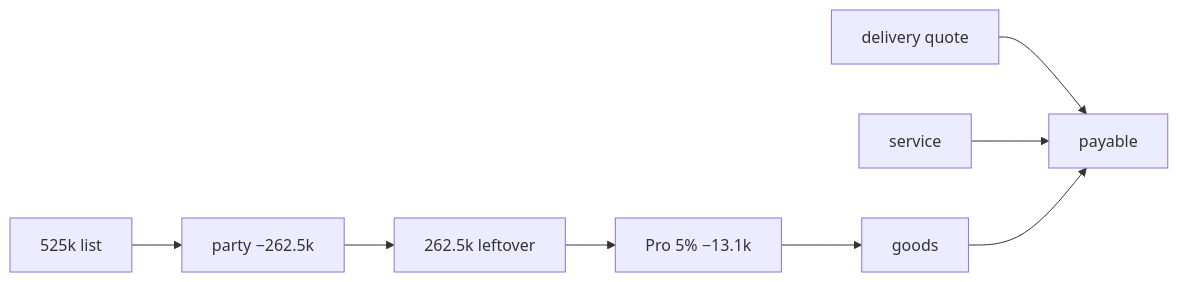
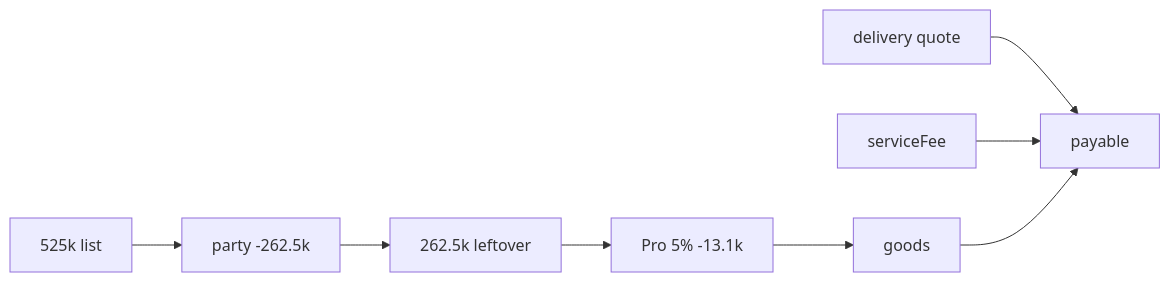
Before and after one commit to erfnzdeh/snapp-hack: the seventh of 12 diagrams in README.md, drawn with Mermaid. The commit also changed other lines of this file, not shown here.

````diff
--- a/README.md
+++ b/README.md
@@ -244,10 +567,10 @@
 ```mermaid
 flowchart LR
-  P["525k list"] --> P50["party −262.5k"]
+  P["525k list"] --> P50["party -262.5k"]
   P50 --> R["262.5k leftover"]
-  R --> PRO["Pro 5% −13.1k"]
+  R --> PRO["Pro 5% -13.1k"]
   PRO --> G["goods"]
   D["delivery quote"] --> PAY["payable"]
-  S["service"] --> PAY
+  S["serviceFee"] --> PAY
   G --> PAY
 ```
````
